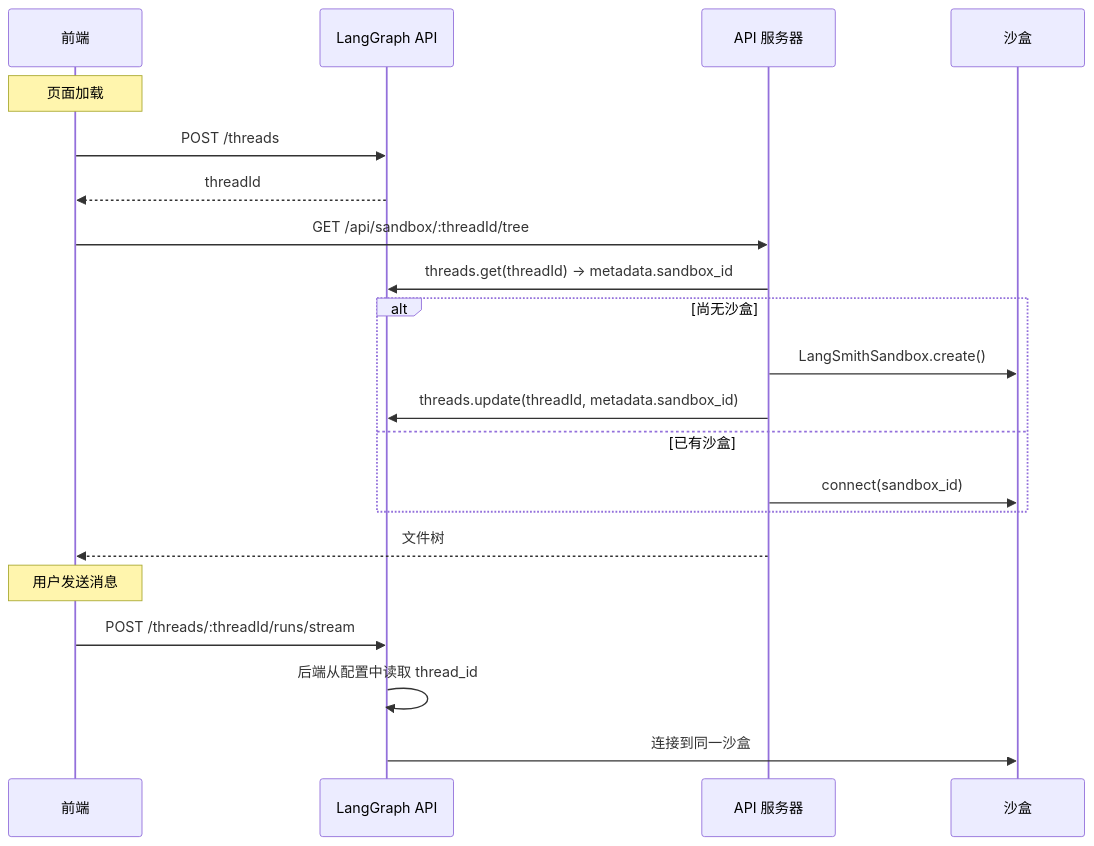
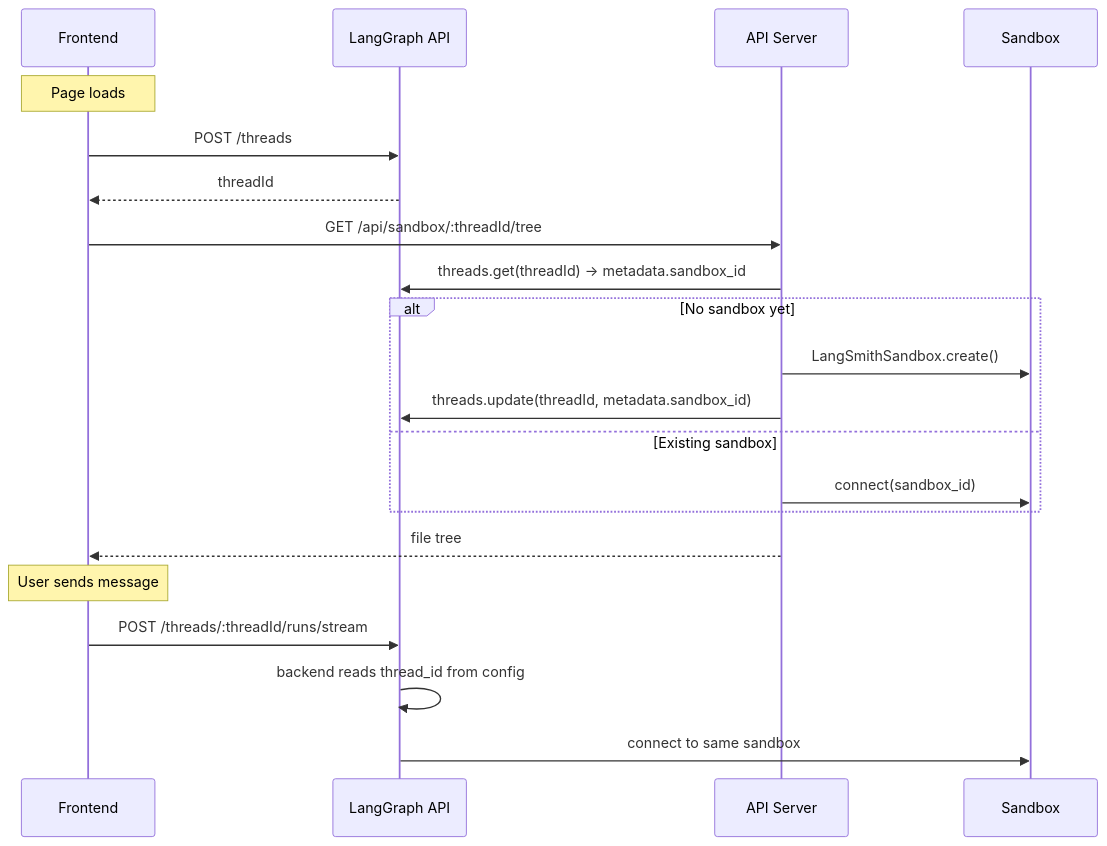
One commit to kunfan96/cndocs-langchain changed the second of 2 diagrams in oss/javascript/deepagents/frontend/sandbox.mdx. Above: the diagram before and after it, drawn with Mermaid. The commit also changed other lines of this file and 2538 other files, not shown here.

````diff
--- a/oss/javascript/deepagents/frontend/sandbox.mdx
+++ b/oss/javascript/deepagents/frontend/sandbox.mdx
@@ -64,26 +81,26 @@
 ```mermaid
 sequenceDiagram
-    participant FE as 前端
+    participant FE as Frontend
     participant LG as LangGraph API
-    participant HTTP as API 服务器
-    participant SB as 沙盒
+    participant HTTP as API Server
+    participant SB as Sandbox
 
-    Note over FE: 页面加载
+    Note over FE: Page loads
     FE->>LG: POST /threads
     LG-->>FE: threadId
 
     FE->>HTTP: GET /api/sandbox/:threadId/tree
     HTTP->>LG: threads.get(threadId) → metadata.sandbox_id
-    alt 尚无沙盒
+    alt No sandbox yet
         HTTP->>SB: LangSmithSandbox.create()
         HTTP->>LG: threads.update(threadId, metadata.sandbox_id)
-    else 已有沙盒
+    else Existing sandbox
         HTTP->>SB: connect(sandbox_id)
     end
-    HTTP-->>FE: 文件树
+    HTTP-->>FE: file tree
 
-    Note over FE: 用户发送消息
+    Note over FE: User sends message
     FE->>LG: POST /threads/:threadId/runs/stream
-    LG->>LG: 后端从配置中读取 thread_id
-    LG->>SB: 连接到同一沙盒
+    LG->>LG: backend reads thread_id from config
+    LG->>SB: connect to same sandbox
 ```
````
